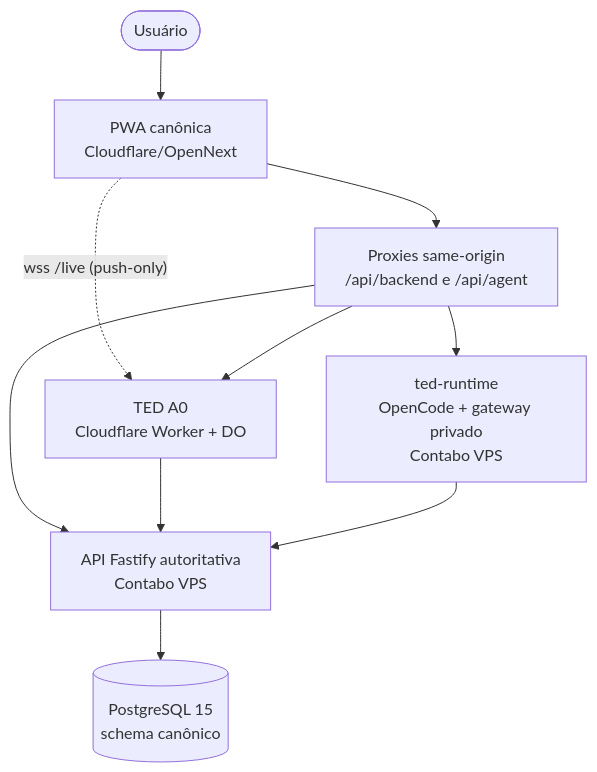
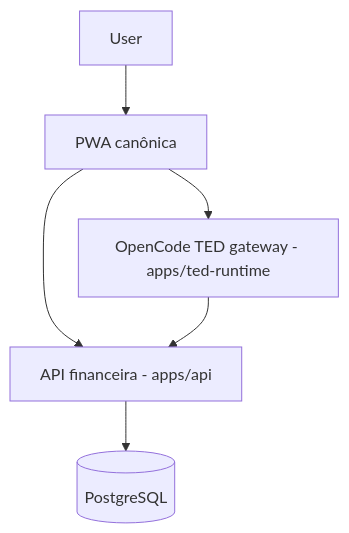
One commit to kust-projetos/meu-ted changed the diagram in docs/ARCHITECTURE-CURRENT.md. Above: the diagram before and after it, drawn with Mermaid. The commit also changed other lines of this file and 786 other files, not shown here.

First line of the commit message:
TED: OpenCode como único runtime e aposentadoria do A0

````diff
--- a/docs/ARCHITECTURE-CURRENT.md
+++ b/docs/ARCHITECTURE-CURRENT.md
@@ -8,12 +8,8 @@
 ```mermaid
 graph TD
-    User([Usuário]) --> PWA[PWA canônica<br/>Cloudflare/OpenNext]
-    PWA --> Proxy[Proxies same-origin<br/>/api/backend e /api/agent]
-    PWA -. wss /live (push-only) .-> A0
-    Proxy --> API[API Fastify autoritativa<br/>Contabo VPS]
-    Proxy --> A0[TED A0<br/>Cloudflare Worker + DO]
-    Proxy --> OC[ted-runtime<br/>OpenCode + gateway privado<br/>Contabo VPS]
-    A0 --> API
-    OC --> API
-    API --> Postgres[(PostgreSQL 15<br/>schema canônico)]
+    User --> PWA[PWA canônica]
+    PWA --> Gateway[OpenCode TED gateway - apps/ted-runtime]
+    PWA --> API[API financeira - apps/api]
+    Gateway --> API
+    API --> DB[(PostgreSQL)]
 ```
````
